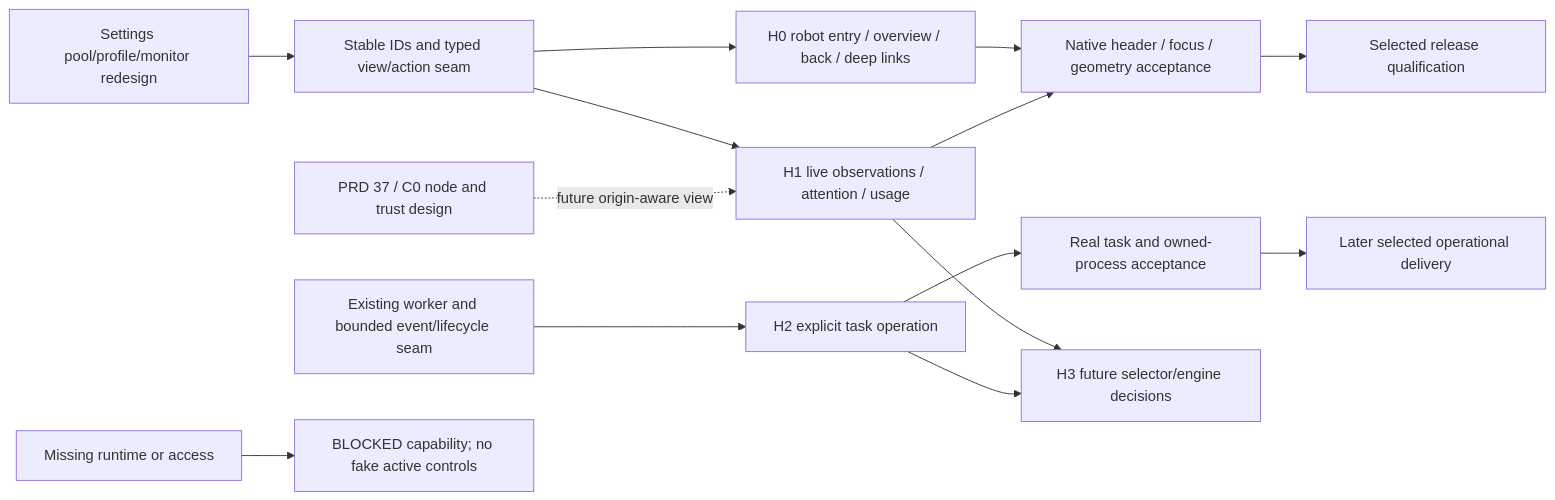
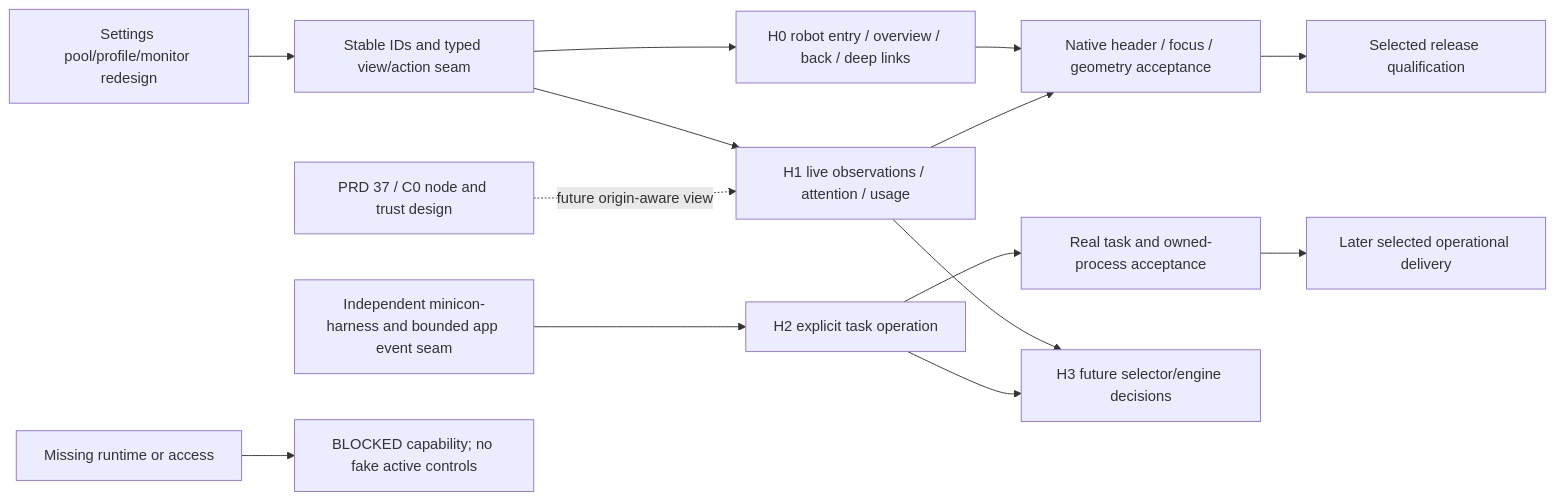
The diagram in plan/plan-harness-workspace.md (partnernetsoftware/minicon), drawn with Mermaid before and after one commit. The commit also changed other lines of this file and 10 other files, not shown here.

Commit message:
Plan optional minicon-harness app extraction

````diff
--- a/plan/plan-harness-workspace.md
+++ b/plan/plan-harness-workspace.md
@@ -43,15 +45,15 @@
 ```mermaid
 flowchart LR
     S[Settings pool/profile/monitor redesign] --> C[Stable IDs and typed view/action seam]
     C --> H0[H0 robot entry / overview / back / deep links]
     C --> H1[H1 live observations / attention / usage]
     H0 --> N[Native header / focus / geometry acceptance]
     H1 --> N
-    W[Existing worker and bounded event/lifecycle seam] --> H2[H2 explicit task operation]
+    W[Independent minicon-harness and bounded app event seam] --> H2[H2 explicit task operation]
     H2 --> T[Real task and owned-process acceptance]
     N --> Q[Selected release qualification]
     T --> L[Later selected operational delivery]
     H1 & H2 --> H3[H3 future selector/engine decisions]
     C0[PRD 37 / C0 node and trust design] -. future origin-aware view .-> H1
     M[Missing runtime or access] --> B[BLOCKED capability; no fake active controls]
 ```
````
